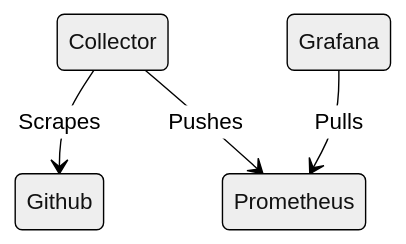
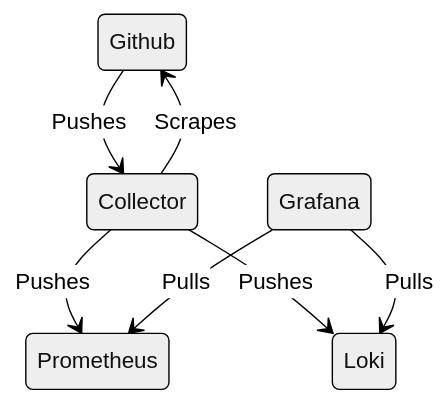
Before and after one commit to liatrio/o11y-demo: the diagram in README.md, drawn with Mermaid (neutral theme). The commit also changed other lines of this file and 8 other files, not shown here.

````diff
--- a/README.md
+++ b/README.md
@@ -16,6 +18,10 @@
 ```mermaid
 stateDiagram-v2
+    Github --> Collector: Pushes
     Collector --> Github: Scrapes
     Collector --> Prometheus: Pushes
+    Collector --> Loki: Pushes
     Grafana --> Prometheus: Pulls
+    Grafana --> Loki: Pulls
+    
 ```
````
